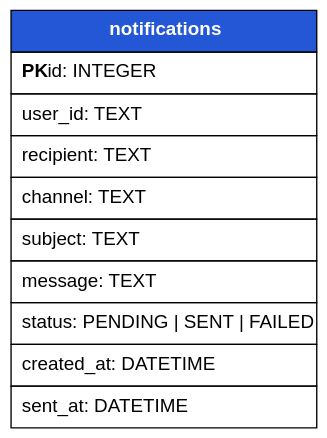
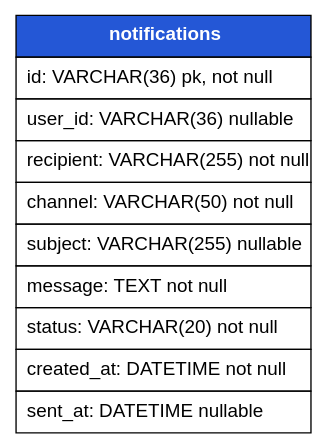
The diagram in smart-city/database-design/notification/schema.dot (dydojopka/SmartCity), drawn with Graphviz before and after one commit. The commit also changed 10 other files, not shown here.

```diff
--- a/smart-city/database-design/notification/schema.dot
+++ b/smart-city/database-design/notification/schema.dot
@@ -1,19 +1,5 @@
-digraph notification_schema {
-  graph [rankdir=LR, bgcolor="transparent"];
-  node [shape=plain fontname="Arial"];
-
-  notifications [label=<
-    <TABLE BORDER="0" CELLBORDER="1" CELLSPACING="0" CELLPADDING="7">
-      <TR><TD BGCOLOR="#2457d6"><FONT COLOR="white"><B>notifications</B></FONT></TD></TR>
-      <TR><TD ALIGN="LEFT"><B>PK</B> id: INTEGER</TD></TR>
-      <TR><TD ALIGN="LEFT">user_id: TEXT</TD></TR>
-      <TR><TD ALIGN="LEFT">recipient: TEXT</TD></TR>
-      <TR><TD ALIGN="LEFT">channel: TEXT</TD></TR>
-      <TR><TD ALIGN="LEFT">subject: TEXT</TD></TR>
-      <TR><TD ALIGN="LEFT">message: TEXT</TD></TR>
-      <TR><TD ALIGN="LEFT">status: PENDING | SENT | FAILED</TD></TR>
-      <TR><TD ALIGN="LEFT">created_at: DATETIME</TD></TR>
-      <TR><TD ALIGN="LEFT">sent_at: DATETIME</TD></TR>
-    </TABLE>
-  >];
+digraph schema {
+graph [rankdir=LR, bgcolor="white"];
+node [shape=plain fontname="Arial"];
+notifications [label=<<TABLE BORDER="0" CELLBORDER="1" CELLSPACING="0" CELLPADDING="7"><TR><TD BGCOLOR="#2457d6"><FONT COLOR="white"><B>notifications</B></FONT></TD></TR><TR><TD ALIGN="LEFT">id: VARCHAR(36) pk, not null</TD></TR><TR><TD ALIGN="LEFT">user_id: VARCHAR(36) nullable</TD></TR><TR><TD ALIGN="LEFT">recipient: VARCHAR(255) not null</TD></TR><TR><TD ALIGN="LEFT">channel: VARCHAR(50) not null</TD></TR><TR><TD ALIGN="LEFT">subject: VARCHAR(255) nullable</TD></TR><TR><TD ALIGN="LEFT">message: TEXT not null</TD></TR><TR><TD ALIGN="LEFT">status: VARCHAR(20) not null</TD></TR><TR><TD ALIGN="LEFT">created_at: DATETIME not null</TD></TR><TR><TD ALIGN="LEFT">sent_at: DATETIME nullable</TD></TR></TABLE>>];
 }
```
